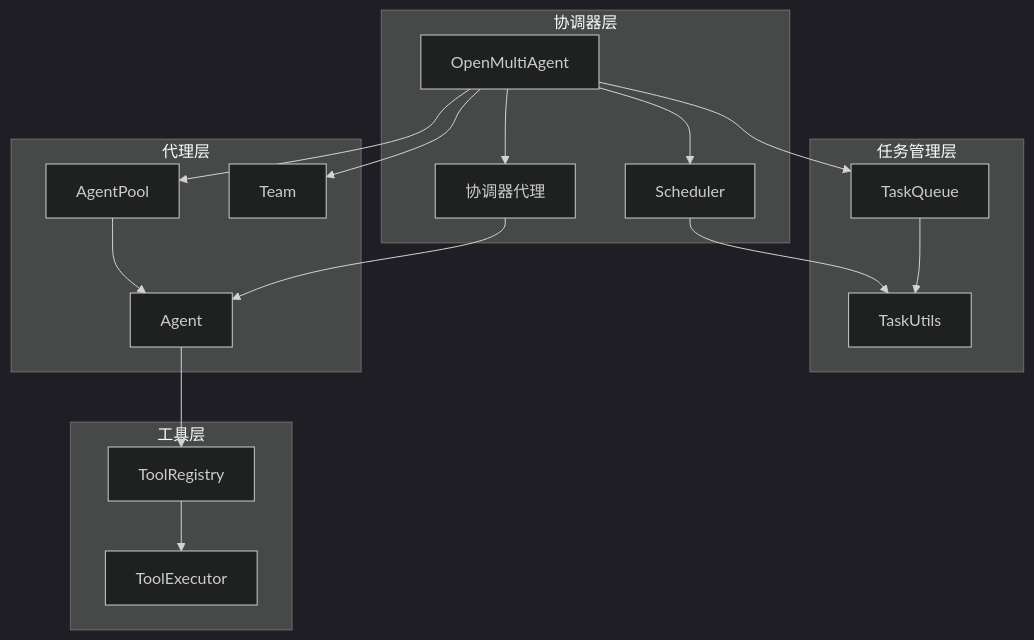
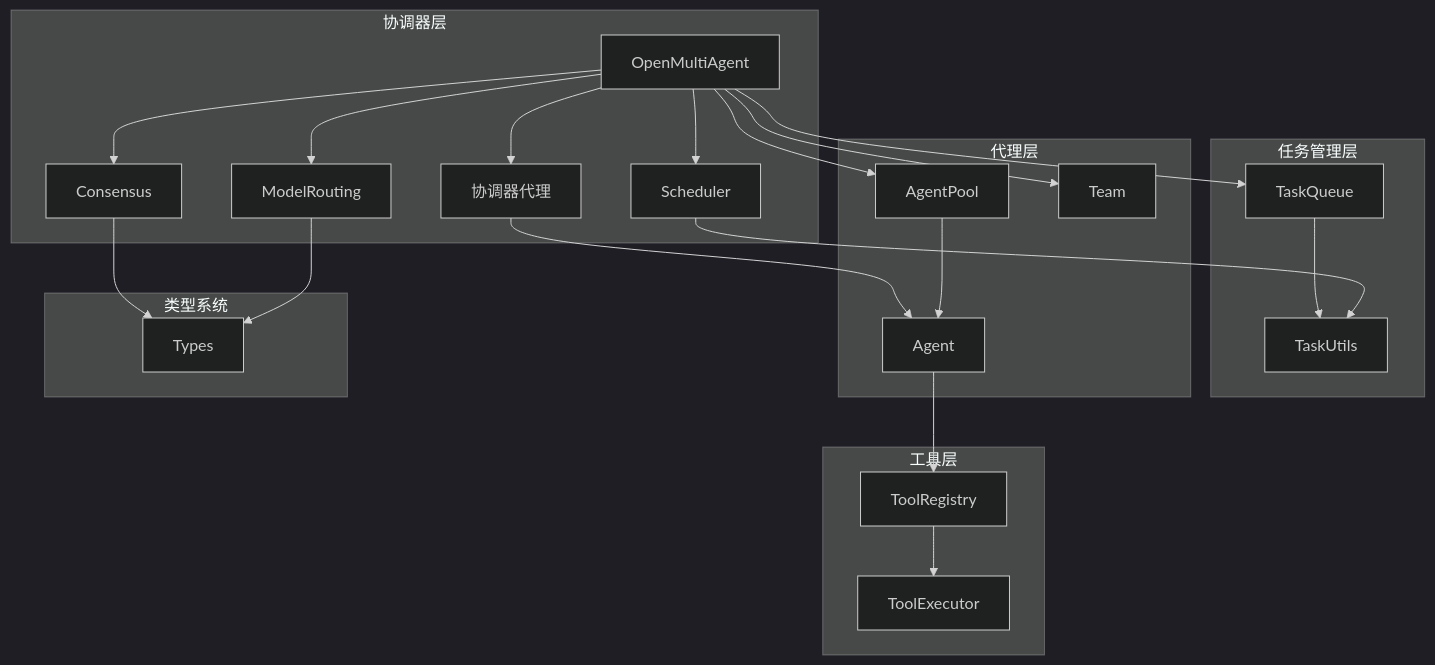
One commit to haolange/open-multi-agent changed the ninth of 9 diagrams in .qoder/repowiki/zh/content/核心概念/协调器模式.md. Above: the diagram before and after it, drawn with Mermaid (dark theme). The commit also changed other lines of this file and 7 other files, not shown here.

````diff
--- a/.qoder/repowiki/zh/content/核心概念/协调器模式.md
+++ b/.qoder/repowiki/zh/content/核心概念/协调器模式.md
@@ -425,32 +628,41 @@
 ```mermaid
 graph TB
 subgraph "协调器层"
 OM[OpenMultiAgent]
 CO[协调器代理]
 SCH[Scheduler]
+CN[Consensus]
+MR[ModelRouting]
 end
 subgraph "任务管理层"
 PQ[TaskQueue]
 TS[TaskUtils]
 end
 subgraph "代理层"
 AG[Agent]
 AP[AgentPool]
 TM[Team]
 end
 subgraph "工具层"
 TR[ToolRegistry]
 TE[ToolExecutor]
 end
+subgraph "类型系统"
+TY[Types]
+end
 OM --> CO
 OM --> PQ
 OM --> SCH
 OM --> AP
 OM --> TM
+OM --> CN
+OM --> MR
 CO --> AG
 PQ --> TS
 AP --> AG
 AG --> TR
 TR --> TE
+CN --> TY
+MR --> TY
 SCH --> TS
 ```
````
